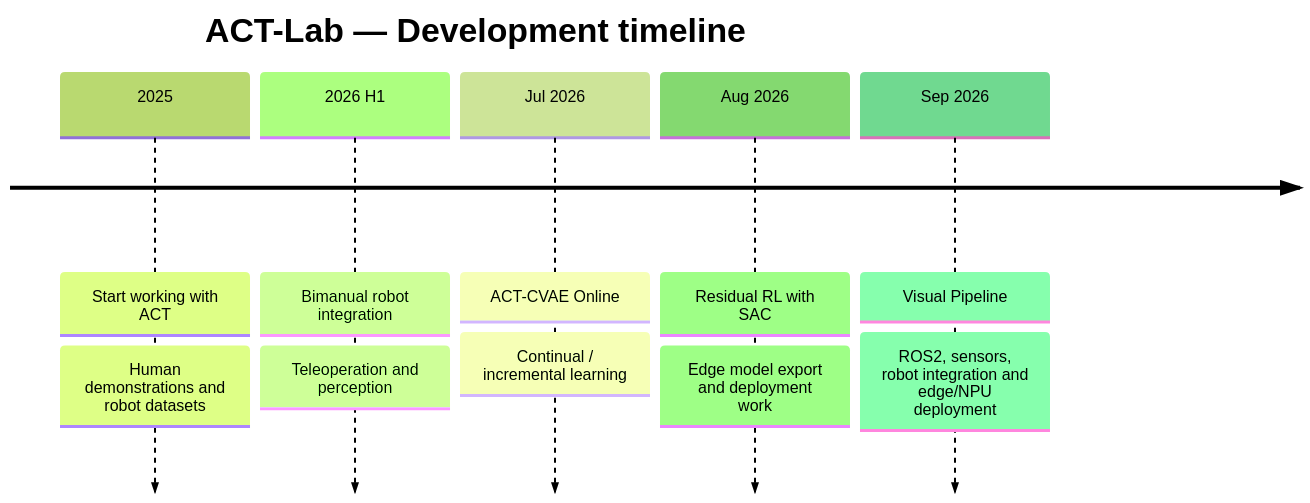
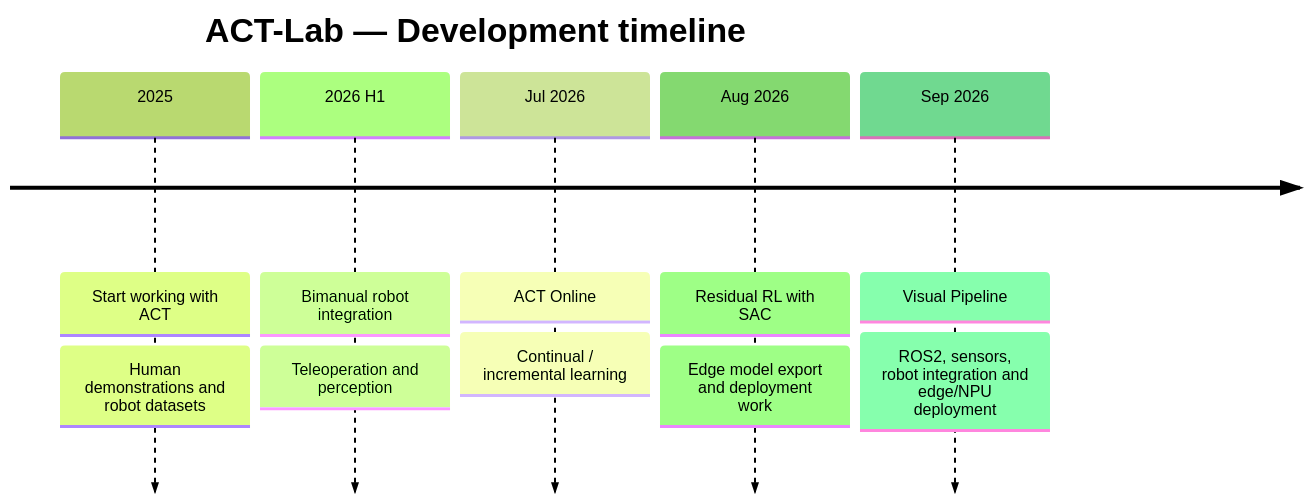
The diagram in README.md (jarain78/ACT-Lab-Hub), drawn with Mermaid (forest theme) before and after one commit. The commit also changed other lines of this file and 1 other file, not shown here.

````diff
--- a/README.md
+++ b/README.md
@@ -36,14 +60,14 @@
 ```mermaid
 timeline
     title ACT-Lab — Development timeline
     2025 : Start working with ACT
          : Human demonstrations and robot datasets
     2026 H1 : Bimanual robot integration
             : Teleoperation and perception
-    Jul 2026 : ACT-CVAE Online
+    Jul 2026 : ACT Online
              : Continual / incremental learning
     Aug 2026 : Residual RL with SAC
              : Edge model export and deployment work
     Sep 2026 : Visual Pipeline
              : ROS2, sensors, robot integration and edge/NPU deployment
 ```
````
